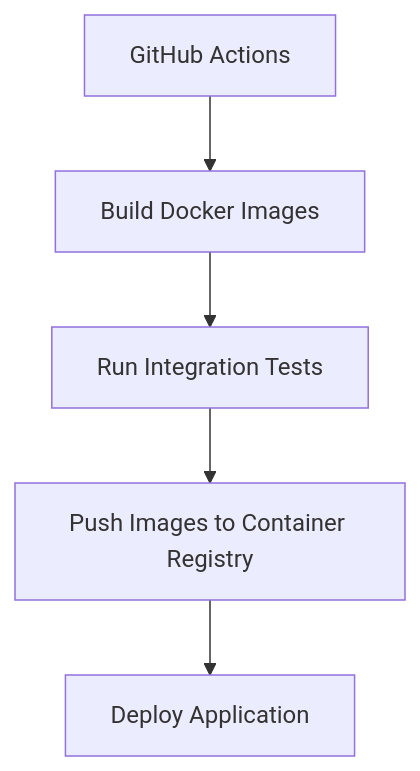
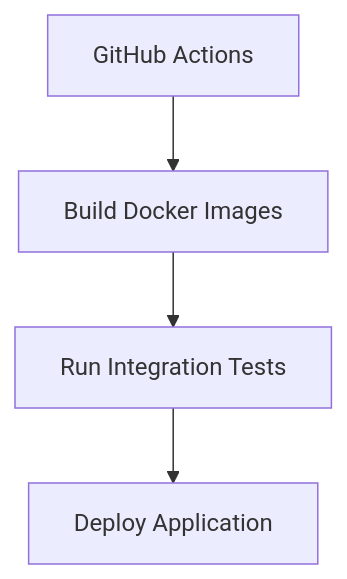
Before and after one commit to nat15hol/end-to-end-data-engineering-pipeline: the second of 2 diagrams in docs/ci.md, drawn with Mermaid. The commit also changed other lines of this file and 1 other file, not shown here.

````diff
--- a/docs/ci.md
+++ b/docs/ci.md
@@ -169,7 +174,6 @@
 ```mermaid
 flowchart TD
     A[GitHub Actions] --> B[Build Docker Images]
     B --> C[Run Integration Tests]
-    C --> D[Push Images to Container Registry]
-    D --> E[Deploy Application]
+    C --> D[Deploy Application]
 ```
````
